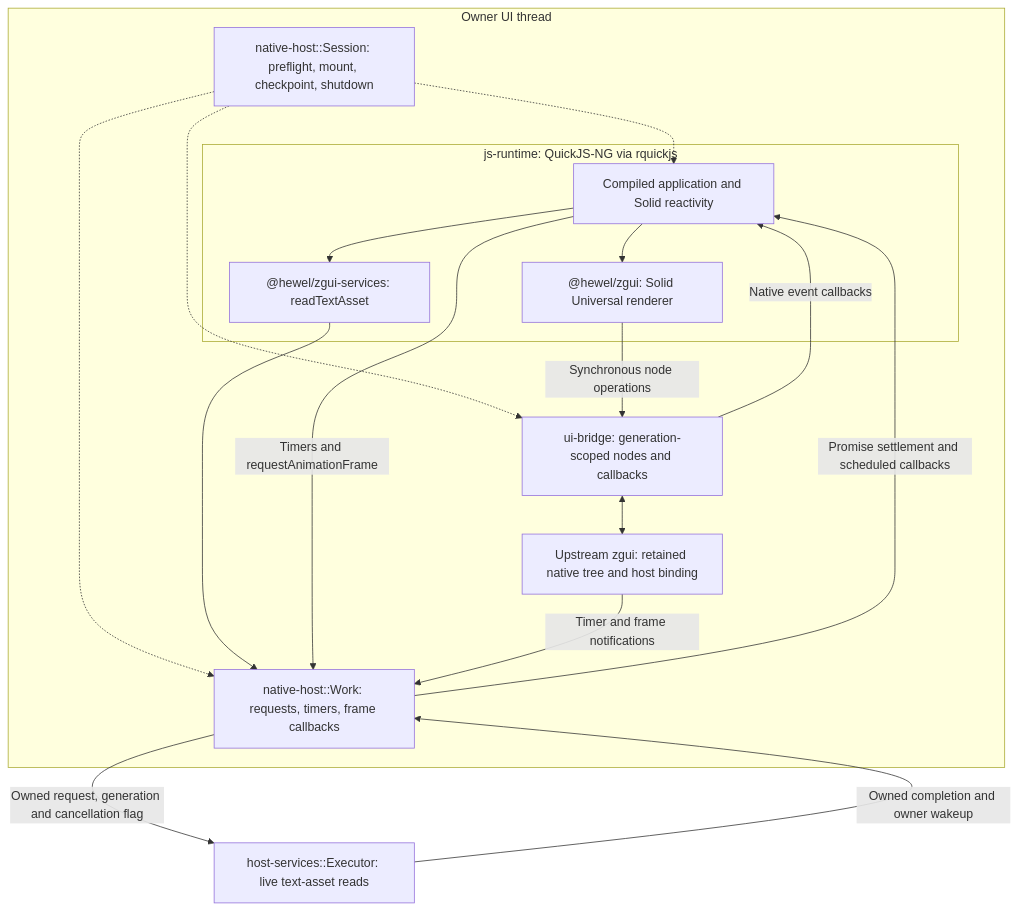
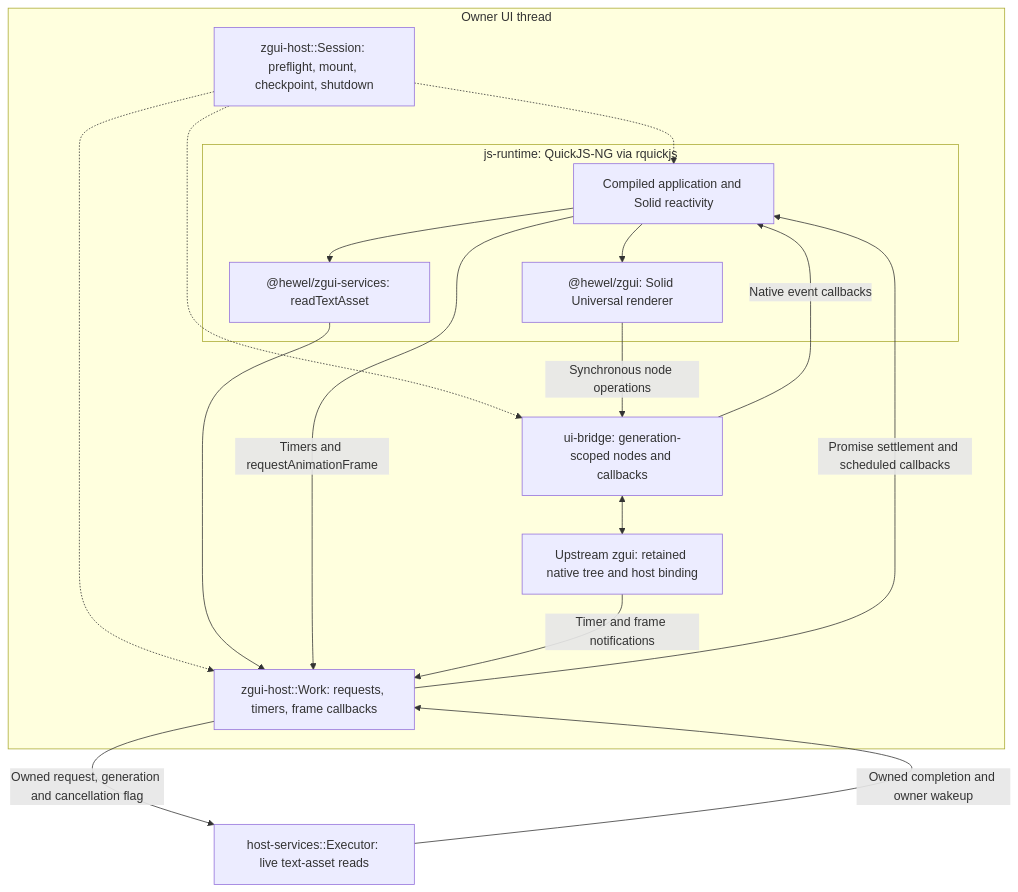
The first of 3 diagrams in docs/development/tsx-native-ui.md (hewel/zgui-js), drawn with Mermaid before and after one commit. The commit also changed other lines of this file and 128 other files, not shown here.

Commit message:
refactor(host,cli,build): rename native-host crate, binary, and ABI name to zgui-host (#90)

````diff
--- a/docs/development/tsx-native-ui.md
+++ b/docs/development/tsx-native-ui.md
@@ -146,28 +146,28 @@
 ```mermaid
 flowchart TB
     subgraph Owner["Owner UI thread"]
-        Session["native-host::Session: preflight, mount, checkpoint, shutdown"]
+        Session["zgui-host::Session: preflight, mount, checkpoint, shutdown"]
         subgraph VM["js-runtime: QuickJS-NG via rquickjs"]
             App["Compiled application and Solid reactivity"]
             UI["@hewel/zgui: Solid Universal renderer"]
             SDK["@hewel/zgui-services: readTextAsset"]
             App --> UI
             App --> SDK
         end
         Bridge["ui-bridge: generation-scoped nodes and callbacks"]
-        Work["native-host::Work: requests, timers, frame callbacks"]
+        Work["zgui-host::Work: requests, timers, frame callbacks"]
         Native["Upstream zgui: retained native tree and host binding"]
         Session -.-> App
         Session -.-> Bridge
         Session -.-> Work
         UI -->|Synchronous node operations| Bridge
         Bridge -->|Native event callbacks| App
         Bridge <--> Native
         SDK --> Work
         App -->|Timers and requestAnimationFrame| Work
         Native -->|Timer and frame notifications| Work
         Work -->|Promise settlement and scheduled callbacks| App
     end
     Work -->|Owned request, generation and cancellation flag| Workers["host-services::Executor: live text-asset reads"]
     Workers -->|Owned completion and owner wakeup| Work
 ```
````
